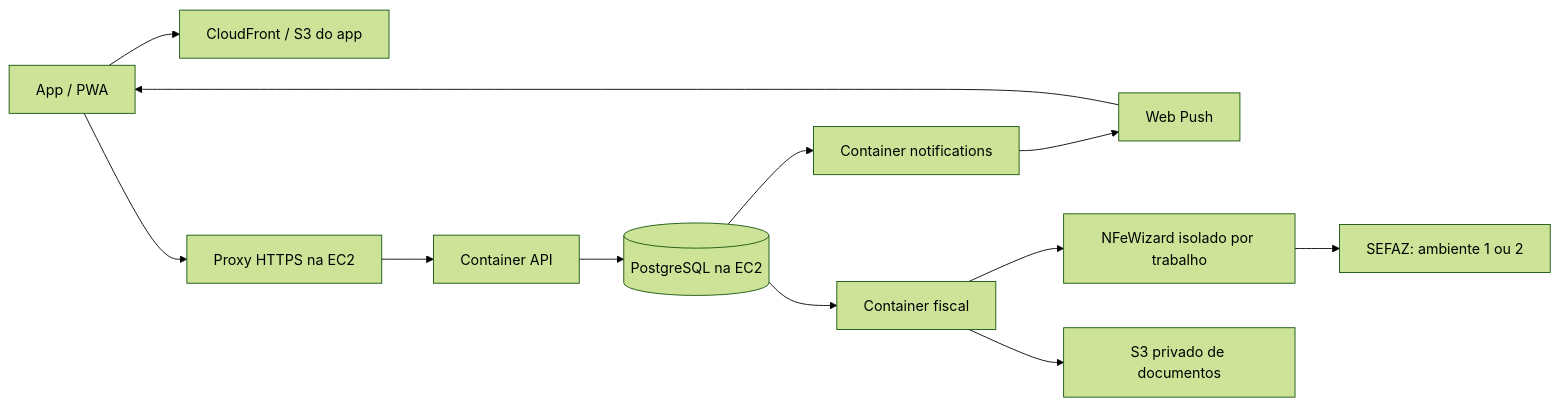
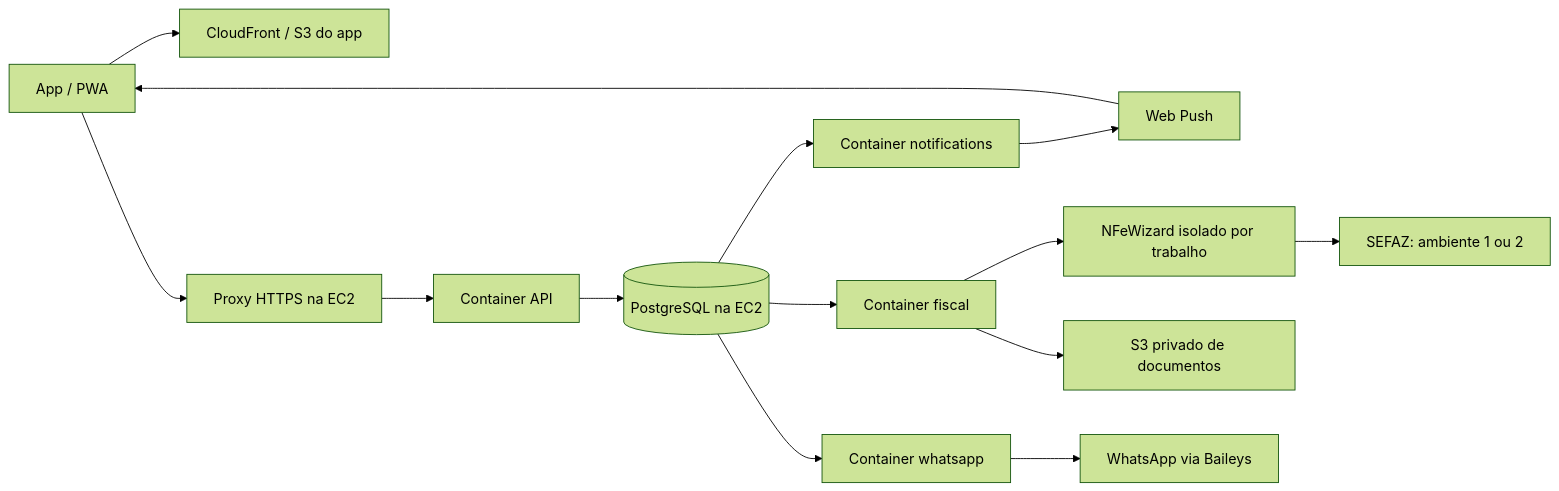
Before and after one commit to vhlpdevelop/bansir-demo-ultragas-backend: the diagram in docs/WORKERS-PRODUCTION.md, drawn with Mermaid (forest theme). The commit also changed other lines of this file and 11 other files, not shown here.

Commit message:
feat: integrate WhatsApp, vouchers and fleet with PostgreSQL

````diff
--- a/docs/WORKERS-PRODUCTION.md
+++ b/docs/WORKERS-PRODUCTION.md
@@ -13,14 +13,16 @@
 ```mermaid
 flowchart LR
   Browser[App / PWA] --> CDN[CloudFront / S3 do app]
   Browser --> HTTPS[Proxy HTTPS na EC2]
   HTTPS --> API[Container API]
   API --> PG[(PostgreSQL na EC2)]
   PG --> Push[Container notifications]
   Push --> Provider[Web Push]
   Provider --> Browser
   PG --> Fiscal[Container fiscal]
   Fiscal --> Child[NFeWizard isolado por trabalho]
   Child --> SEFAZ[SEFAZ: ambiente 1 ou 2]
   Fiscal --> XML[S3 privado de documentos]
+  PG --> WhatsApp[Container whatsapp]
+  WhatsApp --> WA[WhatsApp via Baileys]
 ```
````
